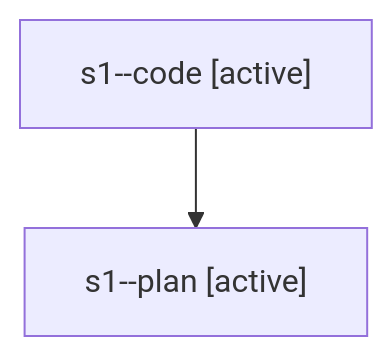
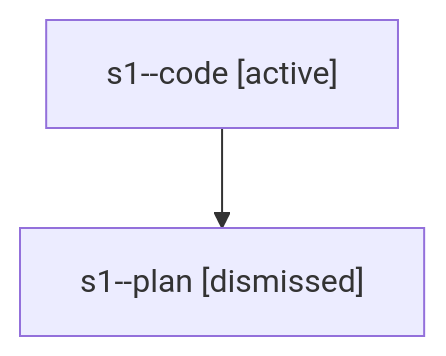
The diagram in sessions/bbugyi200.athena.s1.md (sase-org/sase--agents), drawn with Mermaid before and after one commit. The commit also changed other lines of this file and 15 other files, not shown here.

````diff
--- a/sessions/bbugyi200.athena.s1.md
+++ b/sessions/bbugyi200.athena.s1.md
@@ -9,6 +9,6 @@
 ```mermaid
 flowchart TD
   n0["s1--code [active]"]
-  n1["s1--plan [active]"]
+  n1["s1--plan [dismissed]"]
   n0 --> n1
 ```
````
